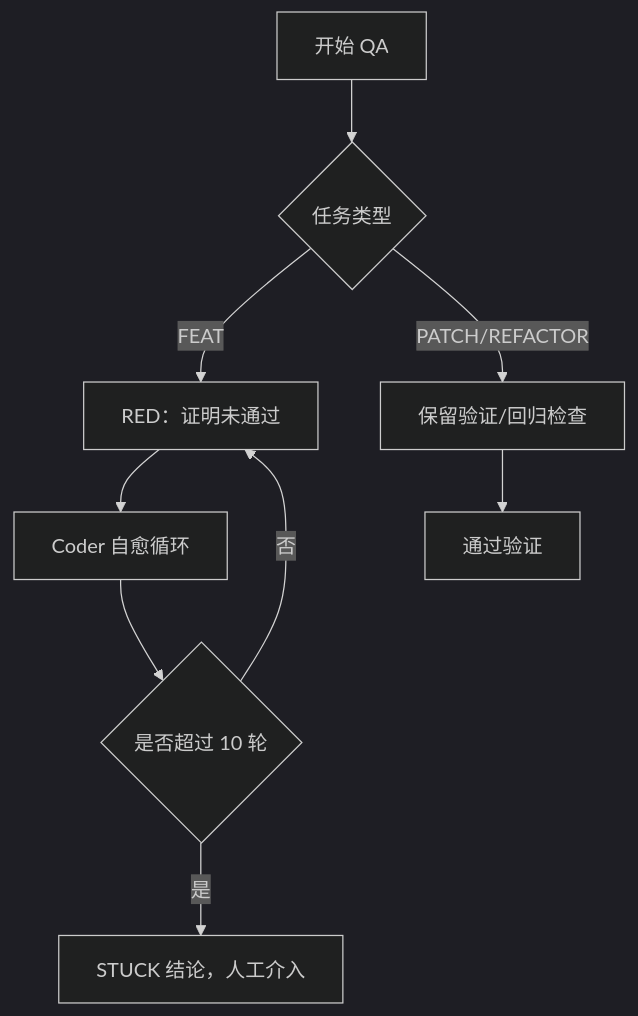
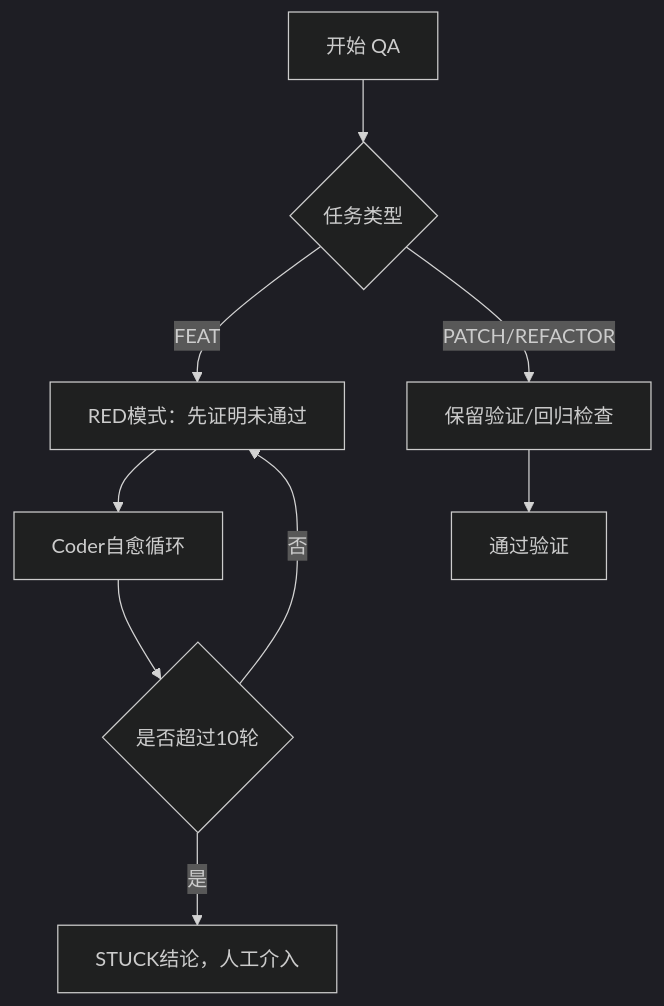
The third of 4 diagrams in .qoder/repowiki/zh/content/技能系统架构/技能系统架构.md (CryptoLinxu/Web3-AI-Agent), drawn with Mermaid (dark theme) before and after one commit. The commit also changed other lines of this file and 15 other files, not shown here.

````diff
--- a/.qoder/repowiki/zh/content/技能系统架构/技能系统架构.md
+++ b/.qoder/repowiki/zh/content/技能系统架构/技能系统架构.md
@@ -217,11 +254,11 @@
 ```mermaid
 flowchart TD
 A["开始 QA"] --> T{"任务类型"}
-T --> |FEAT| RED["RED：证明未通过"]
+T --> |FEAT| RED["RED模式：先证明未通过"]
 T --> |PATCH/REFACTOR| VER["保留验证/回归检查"]
-RED --> FIX["Coder 自愈循环"]
+RED --> FIX["Coder自愈循环"]
 VER --> PASS["通过验证"]
-FIX --> LOOP{"是否超过 10 轮"}
+FIX --> LOOP{"是否超过10轮"}
 LOOP --> |否| RED
-LOOP --> |是| STOP["STUCK 结论，人工介入"]
+LOOP --> |是| STOP["STUCK结论，人工介入"]
 ```
````
